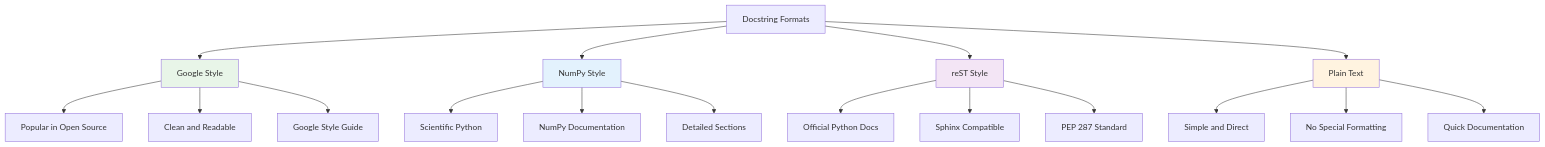
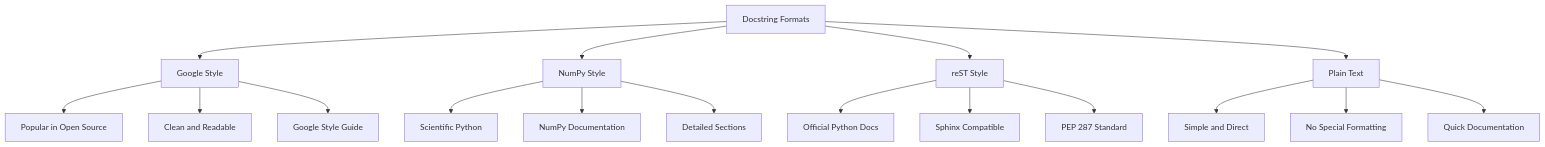
One commit to sayyamsheikh42/Python-Learning-Material changed the fourth of 14 diagrams in 00_python_colab/18_docstrings_mkdocs/readme.md. Above: the diagram before and after it, drawn with Mermaid. The commit also changed other lines of this file, not shown here.

````diff
--- a/00_python_colab/18_docstrings_mkdocs/readme.md
+++ b/00_python_colab/18_docstrings_mkdocs/readme.md
@@ -181,28 +167,23 @@
 ```mermaid
 graph TD
-    A["Docstring Formats"] --> B["Google Style"]
-    A --> C["NumPy Style"]
-    A --> D["reST Style"]
-    A --> E["Plain Text"]
+    A[Docstring Formats] --> B[Google Style]
+    A --> C[NumPy Style]
+    A --> D[reST Style]
+    A --> E[Plain Text]
     
-    B --> B1["Popular in Open Source"]
-    B --> B2["Clean and Readable"]
-    B --> B3["Google Style Guide"]
+    B --> B1[Popular in Open Source]
+    B --> B2[Clean and Readable]
+    B --> B3[Google Style Guide]
     
-    C --> C1["Scientific Python"]
-    C --> C2["NumPy Documentation"]
-    C --> C3["Detailed Sections"]
+    C --> C1[Scientific Python]
+    C --> C2[NumPy Documentation]
+    C --> C3[Detailed Sections]
     
-    D --> D1["Official Python Docs"]
-    D --> D2["Sphinx Compatible"]
-    D --> D3["PEP 287 Standard"]
+    D --> D1[Official Python Docs]
+    D --> D2[Sphinx Compatible]
+    D --> D3[PEP 287 Standard]
     
-    E --> E1["Simple and Direct"]
-    E --> E2["No Special Formatting"]
-    E --> E3["Quick Documentation"]
-    
-    style B fill:#e8f5e8
-    style C fill:#e3f2fd
-    style D fill:#f3e5f5
-    style E fill:#fff3e0
+    E --> E1[Simple and Direct]
+    E --> E2[No Special Formatting]
+    E --> E3[Quick Documentation]
 ```
````
